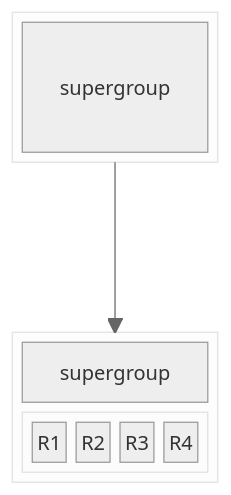
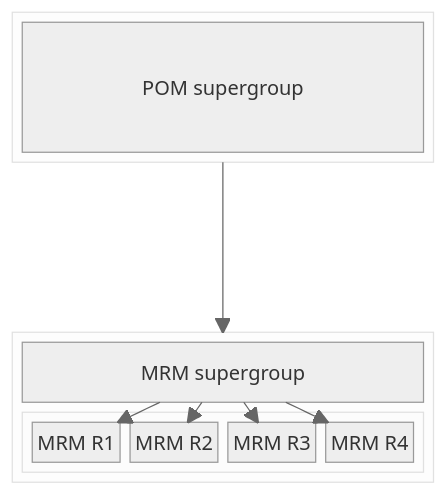
The first of 2 diagrams in content/en/blog/cstamas/2025/11/group-repository/index.md (maveniverse/site-001), drawn with Mermaid (neutral theme) before and after one commit. The commit also changed other lines of this file, not shown here.

Commit message:
Improve diags

````diff
--- a/content/en/blog/cstamas/2025/11/group-repository/index.md
+++ b/content/en/blog/cstamas/2025/11/group-repository/index.md
@@ -99,19 +99,23 @@
 ```mermaid
 block-beta
         columns 1
           block:ID
-            A["supergroup"]
+            A["POM supergroup"]
           end
           space
           block:MRM
             columns 1
-            MA["supergroup"]
+            MA["MRM supergroup"]
             block:MRMR
-              R1
-              R2
-              R3
-              R4
+              R1["MRM R1"]
+              R2["MRM R2"]
+              R3["MRM R3"]
+              R4["MRM R4"]
             end
           end
           ID --> MRM
+          MA --> R1
+          MA --> R2
+          MA --> R3
+          MA --> R4
 ```
````
